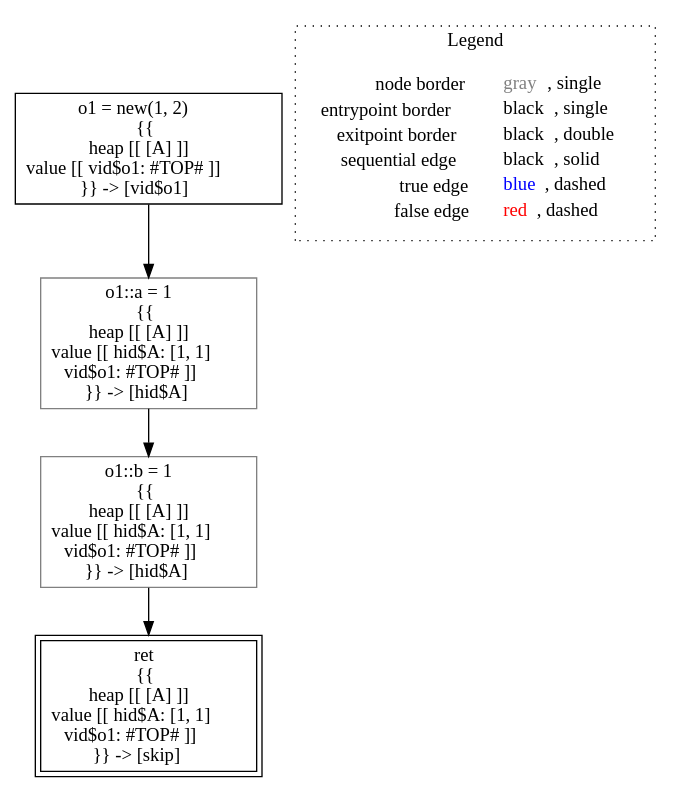
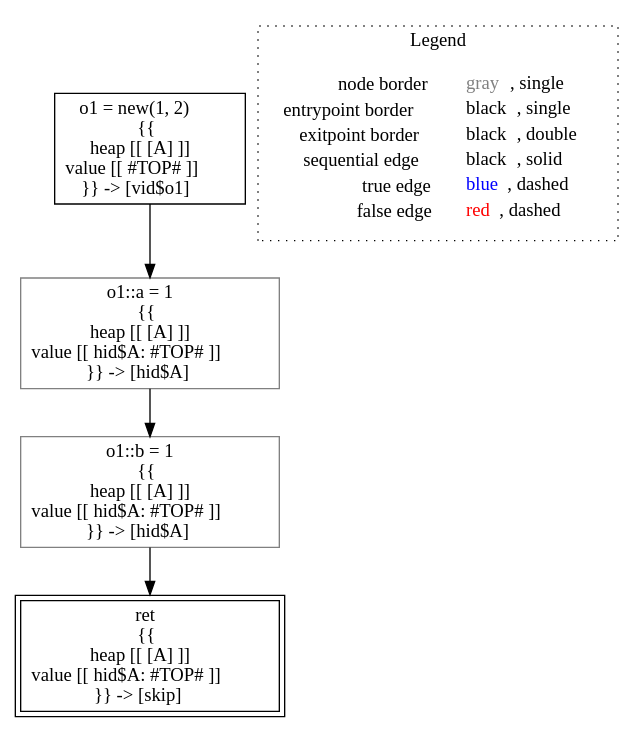
The diagram in lisa/imp-testcases/heap/type-based-heap/analysis___untyped_A.f3(A_this).dot (lisa-analyzer/lisa), drawn with Graphviz before and after one commit. The commit also changed 2 other files, not shown here.

```diff
--- a/lisa/imp-testcases/heap/type-based-heap/analysis___untyped_A.f3(A_this).dot
+++ b/lisa/imp-testcases/heap/type-based-heap/analysis___untyped_A.f3(A_this).dot
@@ -1,16 +1,16 @@
 digraph {
-	"node0" [shape="rect",color="black",label=<o1 = new(1, 2)<BR/>{{<BR/>heap [[ [A] ]]<BR/>value [[ vid$o1: #TOP# ]]<BR/>}} -&gt; [vid$o1]>];
-	"node1" [shape="rect",color="black",peripheries="2",label=<ret<BR/>{{<BR/>heap [[ [A] ]]<BR/>value [[ hid$A: [1, 1]<BR/>vid$o1: #TOP# ]]<BR/>}} -&gt; [skip]>];
-	"node2" [shape="rect",color="gray",label=<o1::b = 1<BR/>{{<BR/>heap [[ [A] ]]<BR/>value [[ hid$A: [1, 1]<BR/>vid$o1: #TOP# ]]<BR/>}} -&gt; [hid$A]>];
-	"node3" [shape="rect",color="gray",label=<o1::a = 1<BR/>{{<BR/>heap [[ [A] ]]<BR/>value [[ hid$A: [1, 1]<BR/>vid$o1: #TOP# ]]<BR/>}} -&gt; [hid$A]>];
-	"node2" -> "node1" [color="black"];
+	"node0" [shape="rect",color="black",label=<o1 = new(1, 2)<BR/>{{<BR/>heap [[ [A] ]]<BR/>value [[ #TOP# ]]<BR/>}} -&gt; [vid$o1]>];
+	"node1" [shape="rect",color="gray",label=<o1::a = 1<BR/>{{<BR/>heap [[ [A] ]]<BR/>value [[ hid$A: #TOP# ]]<BR/>}} -&gt; [hid$A]>];
+	"node2" [shape="rect",color="black",peripheries="2",label=<ret<BR/>{{<BR/>heap [[ [A] ]]<BR/>value [[ hid$A: #TOP# ]]<BR/>}} -&gt; [skip]>];
+	"node3" [shape="rect",color="gray",label=<o1::b = 1<BR/>{{<BR/>heap [[ [A] ]]<BR/>value [[ hid$A: #TOP# ]]<BR/>}} -&gt; [hid$A]>];
+	"node1" -> "node3" [color="black"];
+	"node0" -> "node1" [color="black"];
 	"node3" -> "node2" [color="black"];
-	"node0" -> "node3" [color="black"];
 subgraph cluster_legend {
 	label="Legend";
 	style=dotted;
 	node [shape=plaintext];
 	"legend" [label=<<table border="0" cellpadding="2" cellspacing="0" cellborder="0"><tr><td align="right">node border&nbsp;</td><td align="left"><font color="gray">gray</font>, single</td></tr><tr><td align="right">entrypoint border&nbsp;</td><td align="left"><font color="black">black</font>, single</td></tr><tr><td align="right">exitpoint border&nbsp;</td><td align="left"><font color="black">black</font>, double</td></tr><tr><td align="right">sequential edge&nbsp;</td><td align="left"><font color="black">black</font>, solid</td></tr><tr><td align="right">true edge&nbsp;</td><td align="left"><font color="blue">blue</font>, dashed</td></tr><tr><td align="right">false edge&nbsp;</td><td align="left"><font color="red">red</font>, dashed</td></tr></table>>];
 }
 
 }
```
